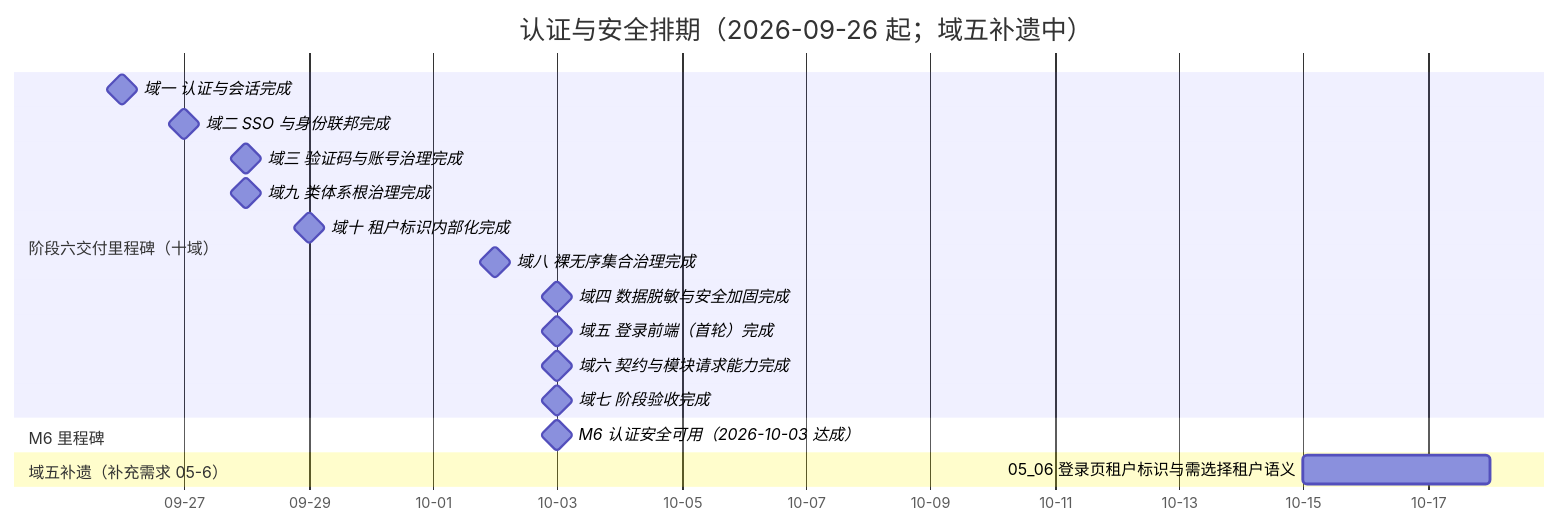
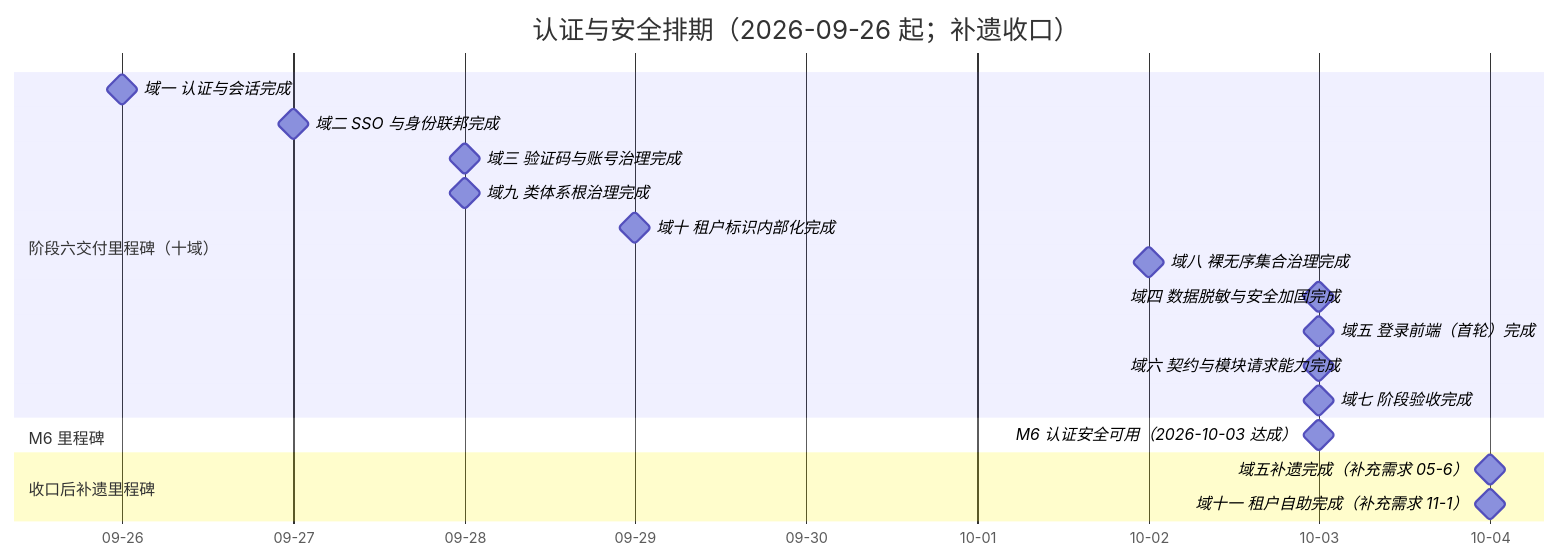
Before and after one commit to minjian123/basic-management-system: the diagram in bms文档/项目/06_认证与安全/计划/01_计划_认证与安全.md, drawn with Mermaid. The commit also changed other lines of this file and 8 other files, not shown here.

````diff
--- a/bms文档/项目/06_认证与安全/计划/01_计划_认证与安全.md
+++ b/bms文档/项目/06_认证与安全/计划/01_计划_认证与安全.md
@@ -82,21 +82,22 @@
 ```mermaid
 gantt
-    title 认证与安全排期（2026-09-26 起；域五补遗中）
+    title 认证与安全排期（2026-09-26 起；补遗收口）
     dateFormat  YYYY-MM-DD
     axisFormat %m-%d
     section 阶段六交付里程碑（十域）
     域一 认证与会话完成 :milestone, m01, 2026-09-26, 0d
     域二 SSO 与身份联邦完成 :milestone, m02, 2026-09-27, 0d
     域三 验证码与账号治理完成 :milestone, m03, 2026-09-28, 0d
     域九 类体系根治理完成 :milestone, m09, 2026-09-28, 0d
     域十 租户标识内部化完成 :milestone, m10, 2026-09-29, 0d
     域八 裸无序集合治理完成 :milestone, m08, 2026-10-02, 0d
     域四 数据脱敏与安全加固完成 :milestone, m04, 2026-10-03, 0d
     域五 登录前端（首轮）完成 :milestone, m05, 2026-10-03, 0d
     域六 契约与模块请求能力完成 :milestone, m06, 2026-10-03, 0d
     域七 阶段验收完成 :milestone, m07, 2026-10-03, 0d
     section M6 里程碑
     M6 认证安全可用（2026-10-03 达成） :milestone, mm6, 2026-10-03, 0d
-    section 域五补遗（补充需求 05-6）
-    05_06 登录页租户标识与需选择租户语义 :2026-10-15, 3d
+    section 收口后补遗里程碑
+    域五补遗完成（补充需求 05-6） :milestone, m05b, 2026-10-04, 0d
+    域十一 租户自助完成（补充需求 11-1） :milestone, m11, 2026-10-04, 0d
 ```
````
